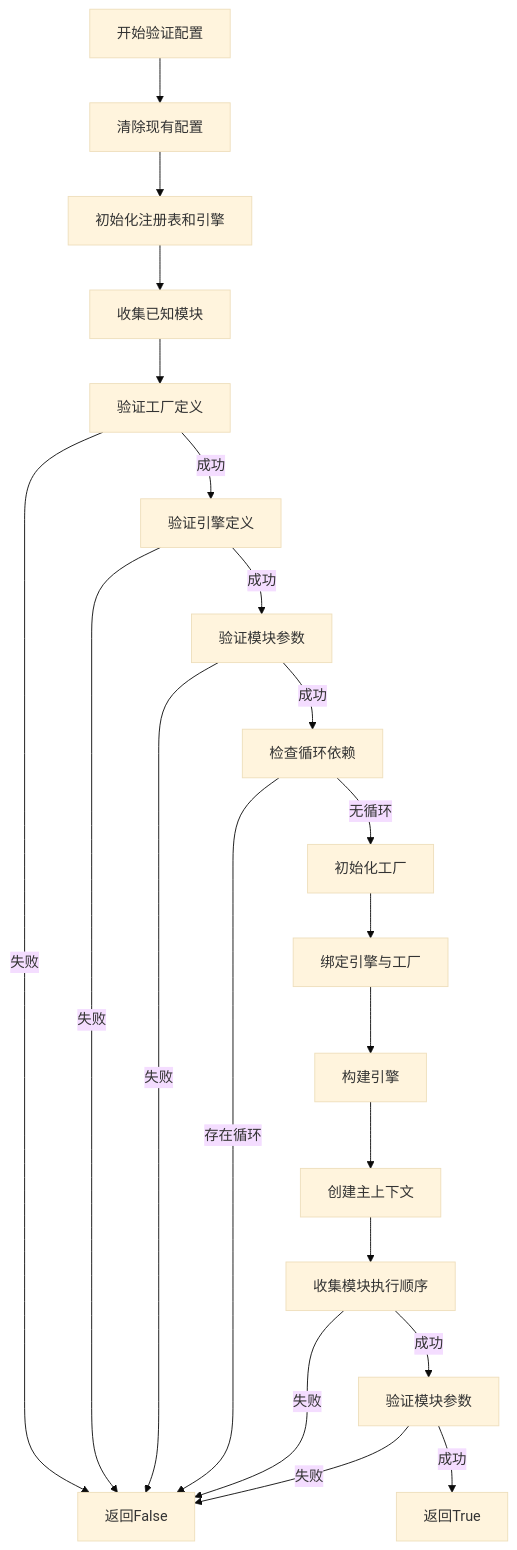
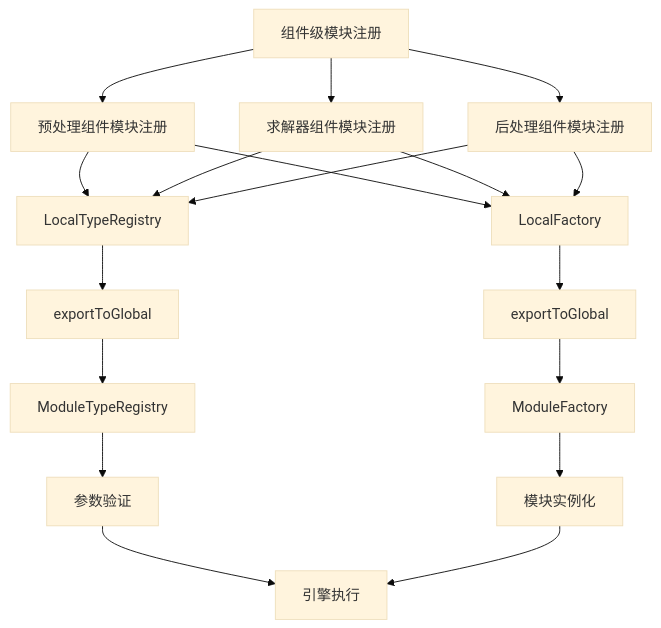
One commit to loong22/paraConfig changed the second of 5 diagrams in doc.md. Above: the diagram before and after it, drawn with Mermaid (base theme). The commit also changed other lines of this file and 3 other files, not shown here.

````diff
--- a/doc.md
+++ b/doc.md
@@ -232,23 +277,20 @@
 ```mermaid
-flowchart TD
-    A[开始验证配置] --> B[清除现有配置]
-    B --> C[初始化注册表和引擎]
-    C --> D[收集已知模块]
-    D --> E[验证工厂定义]
-    E -->|失败| F[返回False]
-    E -->|成功| G[验证引擎定义]
-    G -->|失败| F
-    G -->|成功| H[验证模块参数]
-    H -->|失败| F
-    H -->|成功| I[检查循环依赖]
-    I -->|存在循环| F
-    I -->|无循环| J[初始化工厂]
-    J --> K[绑定引擎与工厂]
-    K --> L[构建引擎]
-    L --> M[创建主上下文]
-    M --> N[收集模块执行顺序]
-    N -->|失败| F
-    N -->|成功| O[验证模块参数]
-    O -->|失败| F
-    O -->|成功| P[返回True]
+flowchart TB
+    A[组件级模块注册] --> B[预处理组件模块注册]
+    A --> C[求解器组件模块注册]
+    A --> D[后处理组件模块注册]
+    B --> E[LocalTypeRegistry]
+    C --> E
+    D --> E
+    B --> F[LocalFactory]
+    C --> F
+    D --> F
+    E --> G[exportToGlobal]
+    F --> H[exportToGlobal]
+    G --> I[ModuleTypeRegistry]
+    H --> J[ModuleFactory]
+    I --> K[参数验证]
+    J --> L[模块实例化]
+    K --> M[引擎执行]
+    L --> M
 ```
````
